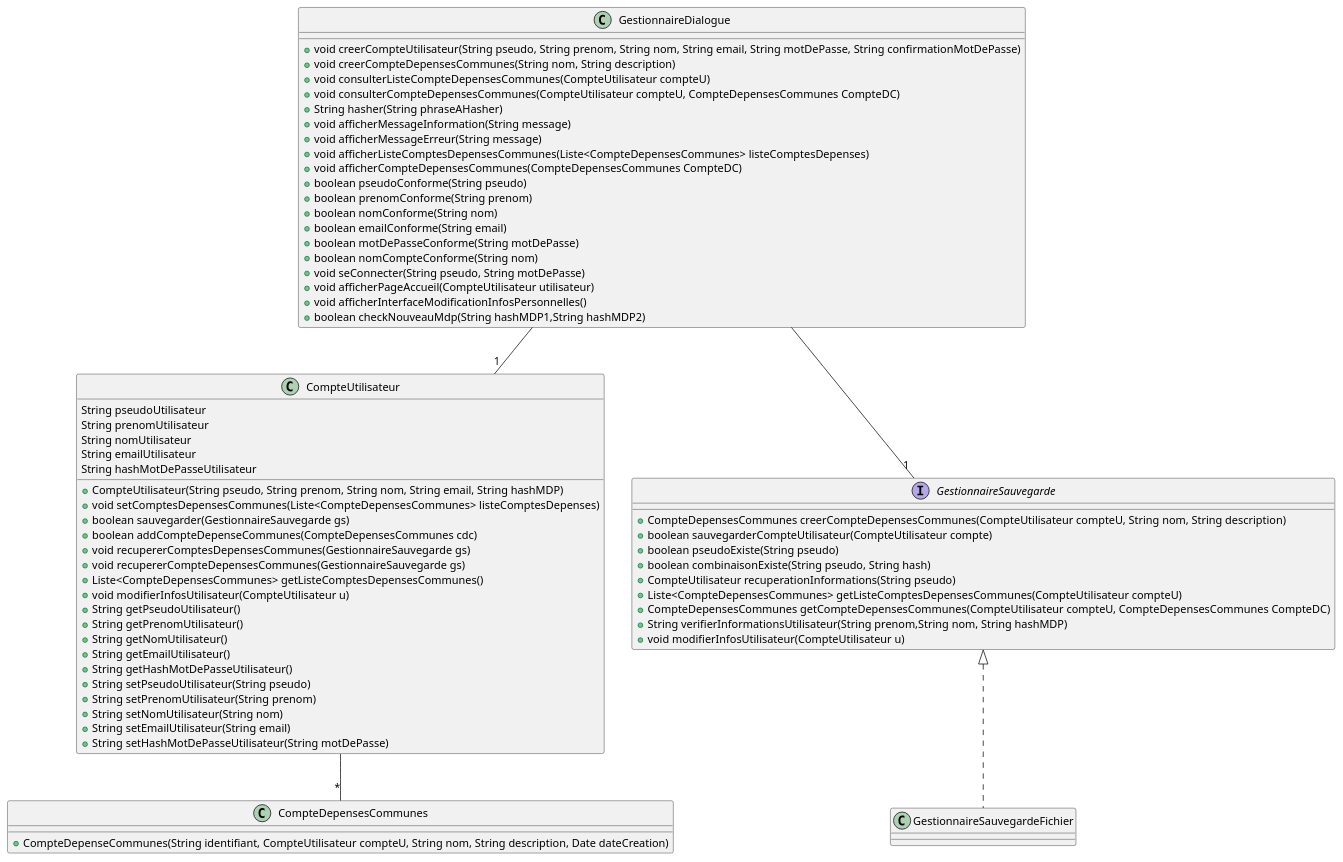
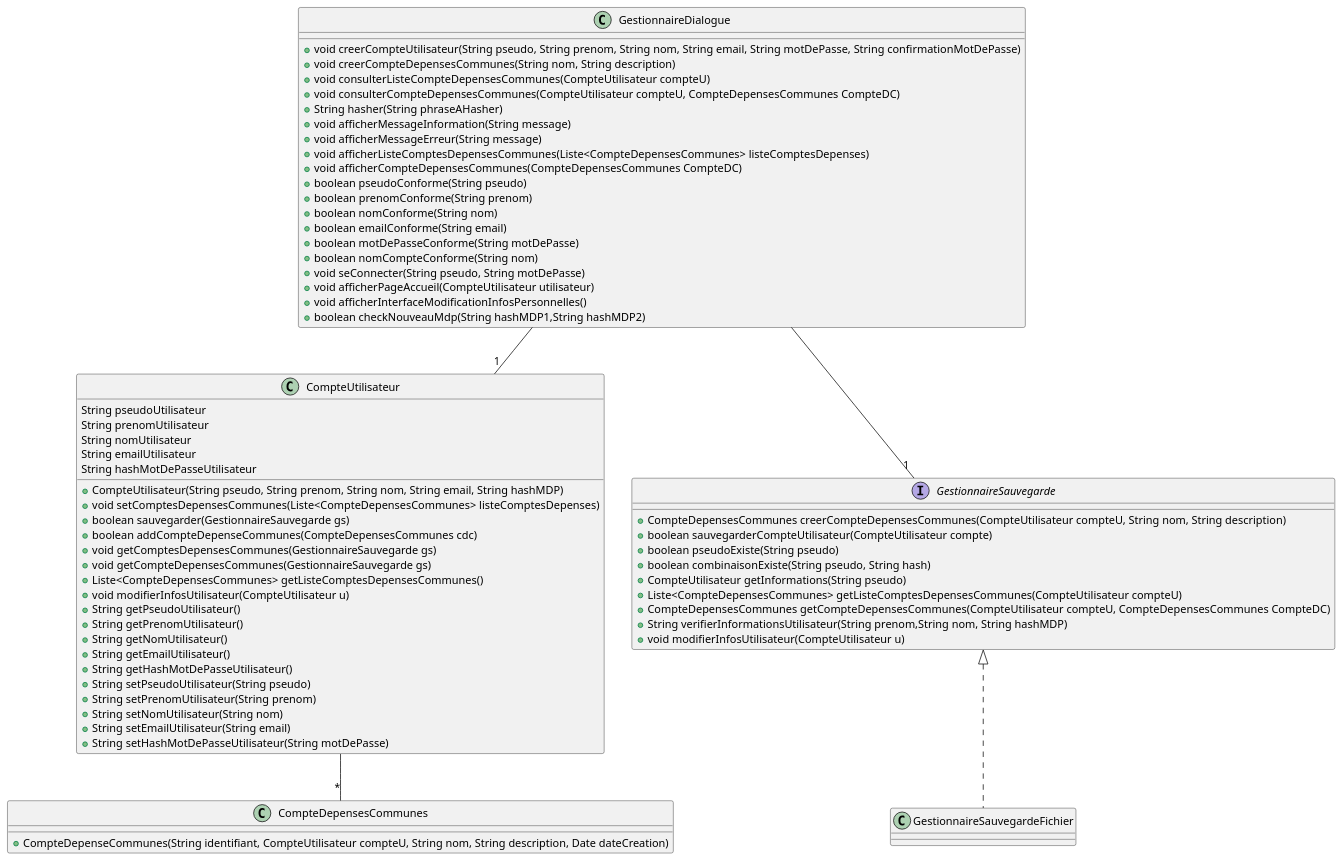
The diagram in diagrammes/conception/classes.puml (lmtb06/sharecount), drawn with PlantUML before and after one commit. The commit also changed 3 other files, not shown here.

```diff
--- a/diagrammes/conception/classes.puml
+++ b/diagrammes/conception/classes.puml
@@ -1,72 +1,72 @@
 @startuml Classes
 
 	class GestionnaireDialogue {
 		+void creerCompteUtilisateur(String pseudo, String prenom, String nom, String email, String motDePasse, String confirmationMotDePasse)
 		+void creerCompteDepensesCommunes(String nom, String description)
 		+void consulterListeCompteDepensesCommunes(CompteUtilisateur compteU)
 		+void consulterCompteDepensesCommunes(CompteUtilisateur compteU, CompteDepensesCommunes CompteDC)
 		+String hasher(String phraseAHasher)
 		+void afficherMessageInformation(String message)
 		+void afficherMessageErreur(String message)
 		+void afficherListeComptesDepensesCommunes(Liste<CompteDepensesCommunes> listeComptesDepenses)
 		+void afficherCompteDepensesCommunes(CompteDepensesCommunes CompteDC)
 		+boolean pseudoConforme(String pseudo)
 		+boolean prenomConforme(String prenom)
 		+boolean nomConforme(String nom)
 		+boolean emailConforme(String email)
 		+boolean motDePasseConforme(String motDePasse)
 		+boolean nomCompteConforme(String nom)
 		+void seConnecter(String pseudo, String motDePasse)
 		+void afficherPageAccueil(CompteUtilisateur utilisateur)
 		+void afficherInterfaceModificationInfosPersonnelles()
 		+boolean checkNouveauMdp(String hashMDP1,String hashMDP2)
 	}
 	GestionnaireDialogue --"1" CompteUtilisateur
 	GestionnaireDialogue --"1" GestionnaireSauvegarde
 
 	interface GestionnaireSauvegarde {
 		+CompteDepensesCommunes creerCompteDepensesCommunes(CompteUtilisateur compteU, String nom, String description)
 		+boolean sauvegarderCompteUtilisateur(CompteUtilisateur compte)
 		+boolean pseudoExiste(String pseudo)
 		+boolean combinaisonExiste(String pseudo, String hash)
-		+CompteUtilisateur recuperationInformations(String pseudo)
+		+CompteUtilisateur getInformations(String pseudo)
 		+Liste<CompteDepensesCommunes> getListeComptesDepensesCommunes(CompteUtilisateur compteU)
 		+CompteDepensesCommunes getCompteDepensesCommunes(CompteUtilisateur compteU, CompteDepensesCommunes CompteDC)
 		+String verifierInformationsUtilisateur(String prenom,String nom, String hashMDP)
 		+void modifierInfosUtilisateur(CompteUtilisateur u)
 	}
 
 	class GestionnaireSauvegardeFichier implements GestionnaireSauvegarde {
 
 	}
 	class CompteUtilisateur {
 		String pseudoUtilisateur
 		String prenomUtilisateur
 		String nomUtilisateur
 		String emailUtilisateur
 		String hashMotDePasseUtilisateur
 		+CompteUtilisateur(String pseudo, String prenom, String nom, String email, String hashMDP)
 		+void setComptesDepensesCommunes(Liste<CompteDepensesCommunes> listeComptesDepenses)
 		+boolean sauvegarder(GestionnaireSauvegarde gs)
 		+boolean addCompteDepenseCommunes(CompteDepensesCommunes cdc)
-		+void recupererComptesDepensesCommunes(GestionnaireSauvegarde gs)
-		+void recupererCompteDepensesCommunes(GestionnaireSauvegarde gs)
+		+void getComptesDepensesCommunes(GestionnaireSauvegarde gs)
+		+void getCompteDepensesCommunes(GestionnaireSauvegarde gs)
 		+Liste<CompteDepensesCommunes> getListeComptesDepensesCommunes()
 		+void modifierInfosUtilisateur(CompteUtilisateur u)
 		+String getPseudoUtilisateur()
 		+String getPrenomUtilisateur()
 		+String getNomUtilisateur()
 		+String getEmailUtilisateur()
 		+String getHashMotDePasseUtilisateur()
 		+String setPseudoUtilisateur(String pseudo)
 		+String setPrenomUtilisateur(String prenom)
 		+String setNomUtilisateur(String nom)
 		+String setEmailUtilisateur(String email)
 		+String setHashMotDePasseUtilisateur(String motDePasse)
 	}
 	CompteUtilisateur --"*" CompteDepensesCommunes
 	class CompteDepensesCommunes {
 		+CompteDepenseCommunes(String identifiant, CompteUtilisateur compteU, String nom, String description, Date dateCreation)
 	}
 
 @enduml
```
